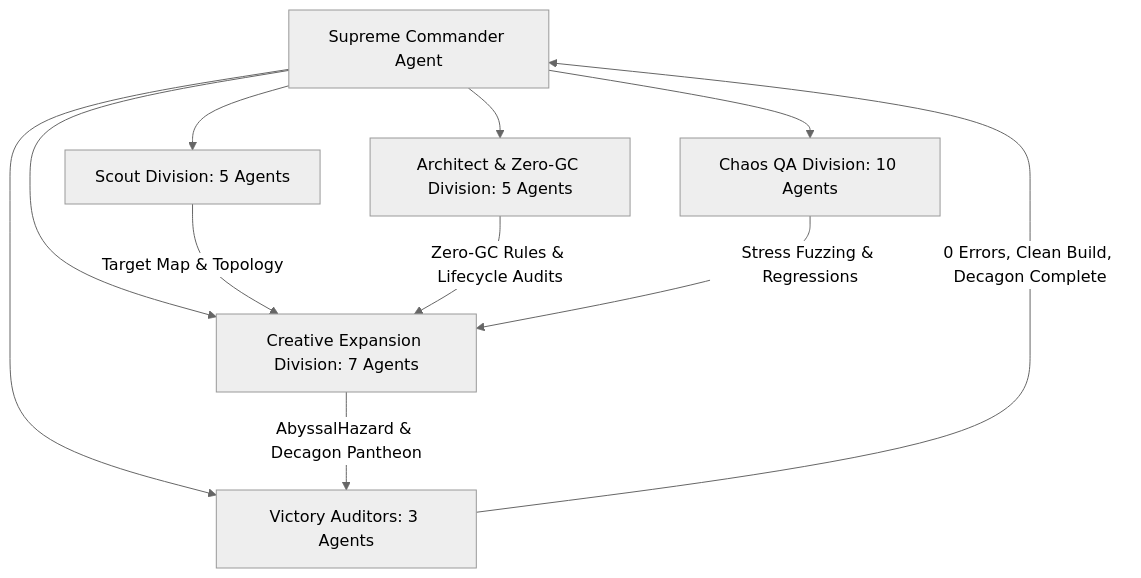
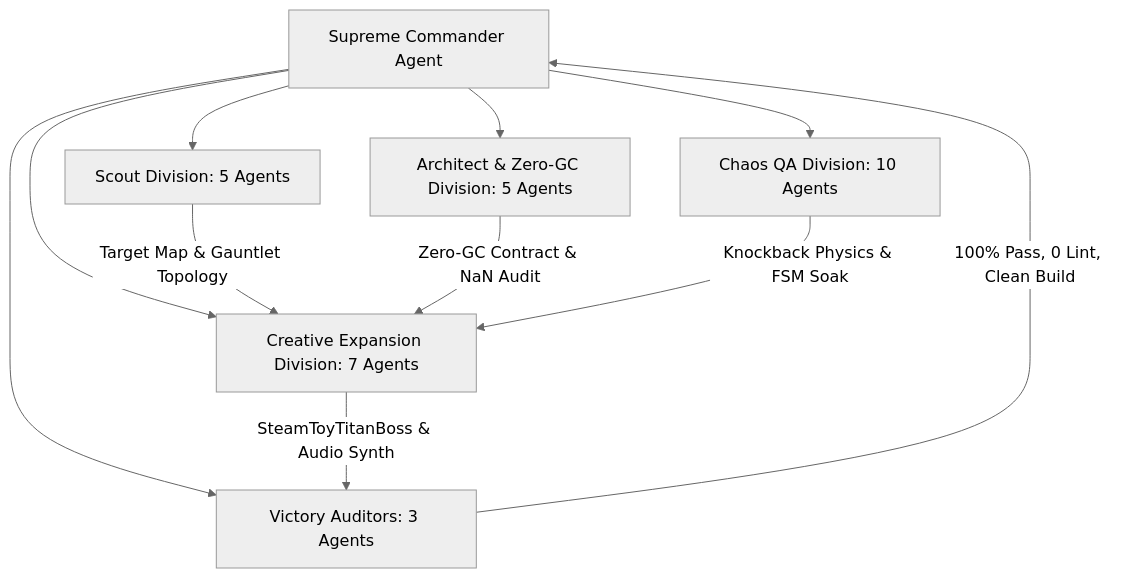
One commit to LeegwangYeol/bomberman-game changed the diagram in DAILY_REPORT.md. Above: the diagram before and after it, drawn with Mermaid (neutral theme). The commit also changed other lines of this file and 14 other files, not shown here.

````diff
--- a/DAILY_REPORT.md
+++ b/DAILY_REPORT.md
@@ -66,14 +64,14 @@
 ```mermaid
 flowchart TD
     SC[Supreme Commander Agent] --> SD[Scout Division: 5 Agents]
     SC --> AD[Architect & Zero-GC Division: 5 Agents]
     SC --> CQD[Chaos QA Division: 10 Agents]
     SC --> CED[Creative Expansion Division: 7 Agents]
     SC --> VA[Victory Auditors: 3 Agents]
 
-    SD -->|Target Map & Topology| CED
-    AD -->|Zero-GC Rules & Lifecycle Audits| CED
-    CQD -->|Stress Fuzzing & Regressions| CED
-    CED -->|AbyssalHazard & Decagon Pantheon| VA
-    VA -->|0 Errors, Clean Build, Decagon Complete| SC
+    SD -->|Target Map & Gauntlet Topology| CED
+    AD -->|Zero-GC Contract & NaN Audit| CED
+    CQD -->|Knockback Physics & FSM Soak| CED
+    CED -->|SteamToyTitanBoss & Audio Synth| VA
+    VA -->|100% Pass, 0 Lint, Clean Build| SC
 ```
````
